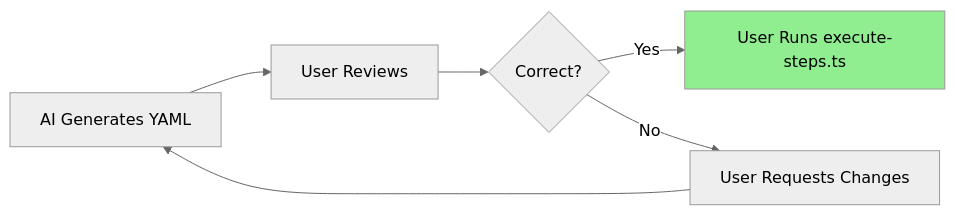
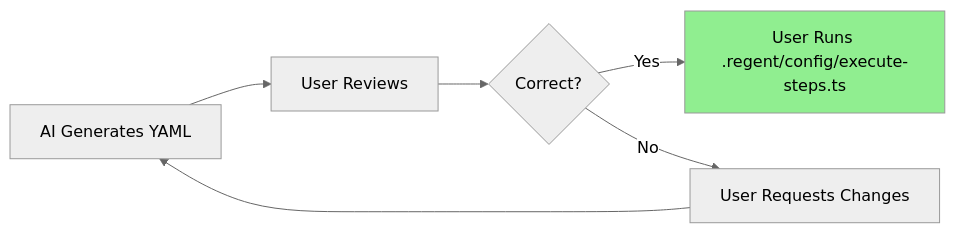
The third of 3 diagrams in .claude/commands/03-generate-layer-code.md (thiagobutignon/spec-kit-clean-archicteture), drawn with Mermaid (neutral theme) before and after one commit. The commit also changed other lines of this file and 8 other files, not shown here.

````diff
--- a/.claude/commands/03-generate-layer-code.md
+++ b/.claude/commands/03-generate-layer-code.md
@@ -323,9 +323,9 @@
 ```mermaid
 graph LR
     A[AI Generates YAML] --> B[User Reviews]
     B --> C{Correct?}
-    C -->|Yes| D[User Runs execute-steps.ts]
+    C -->|Yes| D[User Runs .regent/config/execute-steps.ts]
     C -->|No| E[User Requests Changes]
     E --> A
     style D fill:#90EE90
 ```
````
